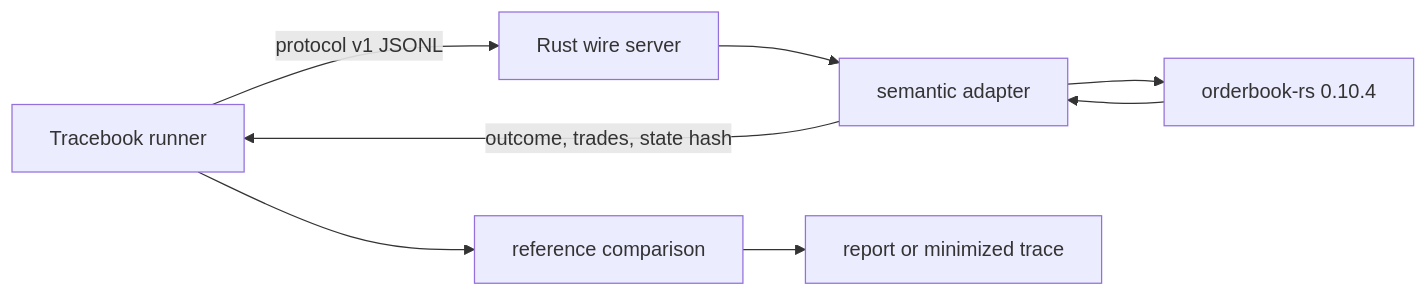
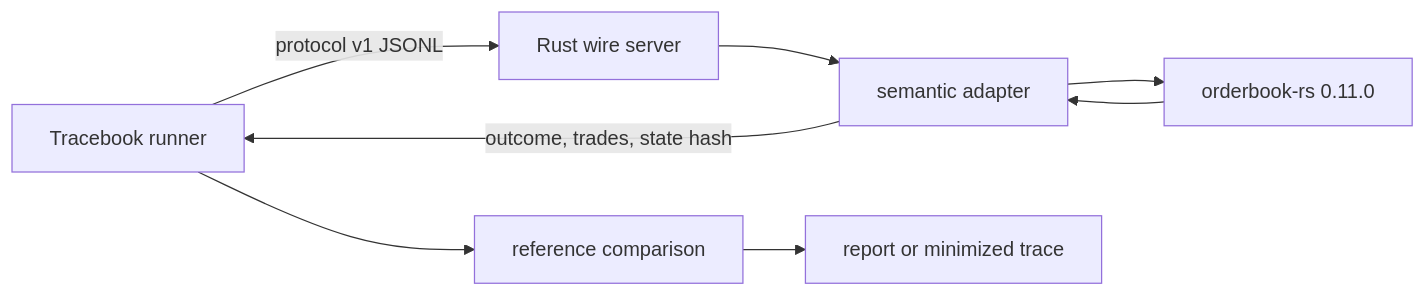
The diagram in integrations/orderbook_rs/README.md (Taz33m/tracebook), drawn with Mermaid before and after one commit. The commit also changed other lines of this file and 21 other files, not shown here.

````diff
--- a/integrations/orderbook_rs/README.md
+++ b/integrations/orderbook_rs/README.md
@@ -18,10 +18,10 @@
 ```mermaid
 flowchart LR
     T["Tracebook runner"] -->|"protocol v1 JSONL"| W["Rust wire server"]
     W --> A["semantic adapter"]
-    A --> E["orderbook-rs 0.10.4"]
+    A --> E["orderbook-rs 0.11.0"]
     E --> A
     A -->|"outcome, trades, state hash"| T
     T --> D["reference comparison"]
     D --> R["report or minimized trace"]
 ```
````
